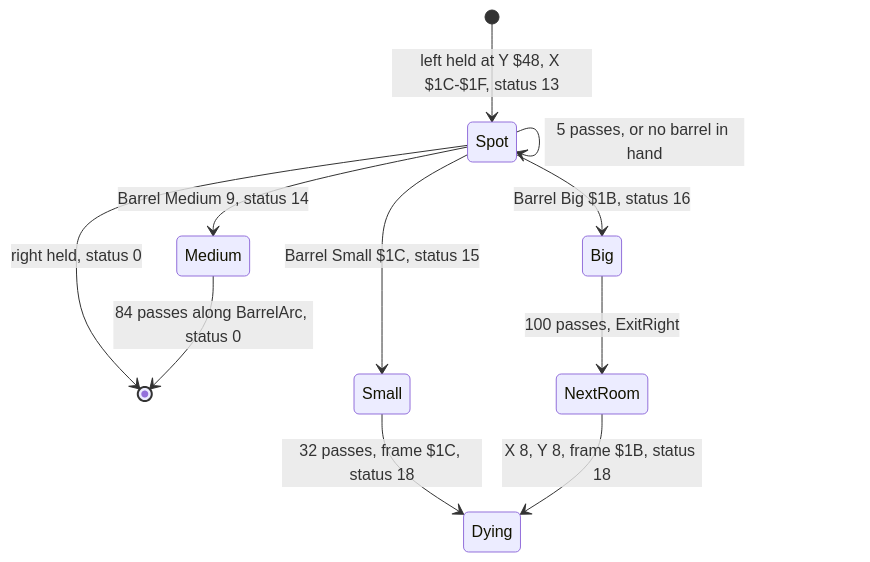
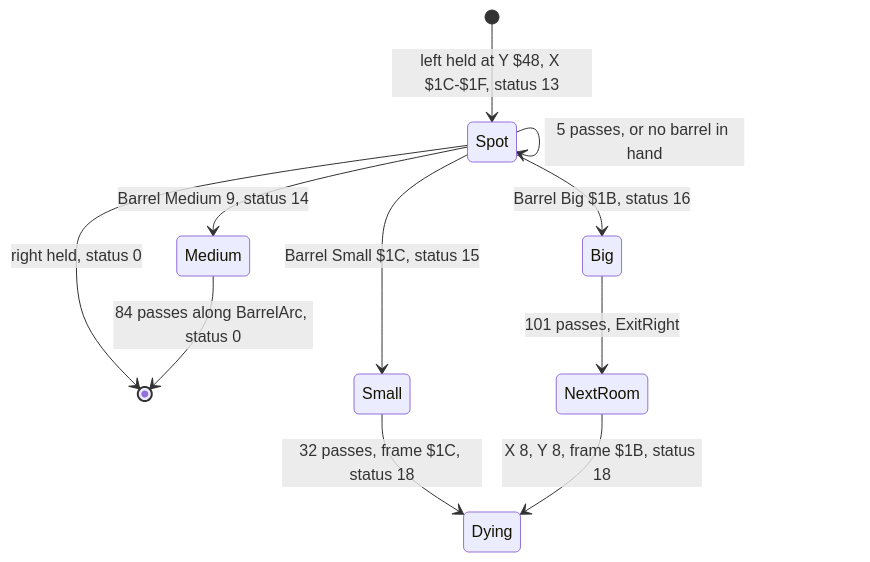
One commit to alfishe/unrealng-reverse-cases changed the ninth of 22 diagrams in games/terramex/docs/10-gameplay-logic.md. Above: the diagram before and after it, drawn with Mermaid. The commit also changed other lines of this file and 31 other files, not shown here.

````diff
--- a/games/terramex/docs/10-gameplay-logic.md
+++ b/games/terramex/docs/10-gameplay-logic.md
@@ -870,13 +880,13 @@
 ```mermaid
 stateDiagram-v2
     [*] --> Spot: left held at Y $48, X $1C-$1F, status 13
     Spot --> [*]: right held, status 0
     Spot --> Spot: 5 passes, or no barrel in hand
     Spot --> Medium: Barrel Medium 9, status 14
     Spot --> Small: Barrel Small $1C, status 15
     Spot --> Big: Barrel Big $1B, status 16
     Medium --> [*]: 84 passes along BarrelArc, status 0
     Small --> Dying: 32 passes, frame $1C, status 18
-    Big --> NextRoom: 100 passes, ExitRight
+    Big --> NextRoom: 101 passes, ExitRight
     NextRoom --> Dying: X 8, Y 8, frame $1B, status 18
 ```
````
